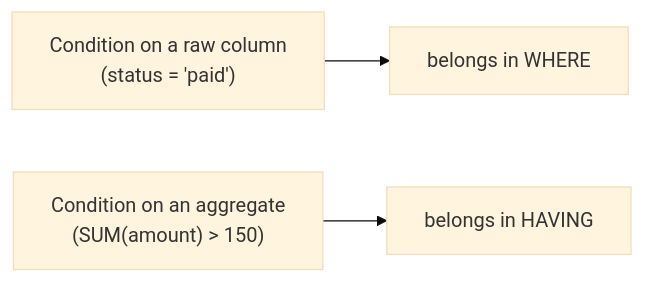
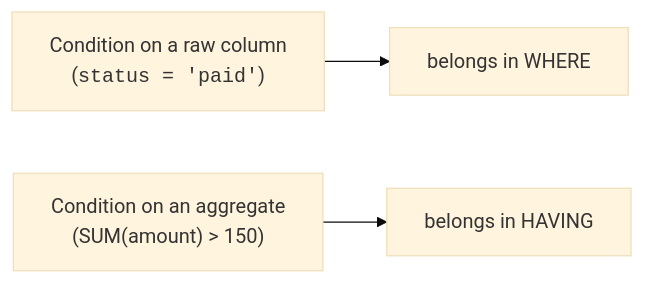
One commit to dataslope/dataslope changed the diagram in content/learn/sql-analytics-duckdb/filtering-groups.mdx. Above: the diagram before and after it, drawn with Mermaid (base theme). The commit also changed 100 other files, not shown here.

First line of the commit message:
Wrap more code in diagram labels: filenames, hex, assignments, subgraph titles

````diff
--- a/content/learn/sql-analytics-duckdb/filtering-groups.mdx
+++ b/content/learn/sql-analytics-duckdb/filtering-groups.mdx
@@ -134,5 +134,5 @@
 ```mermaid
 flowchart LR
-    Cond1["Condition on a raw column<br/>(status = 'paid')"] --> Where["belongs in WHERE"]
+    Cond1["Condition on a raw column<br/>(<code>status = 'paid'</code>)"] --> Where["belongs in WHERE"]
     Cond2["Condition on an aggregate<br/>(SUM(amount) > 150)"] --> Having["belongs in HAVING"]
 ```
````
